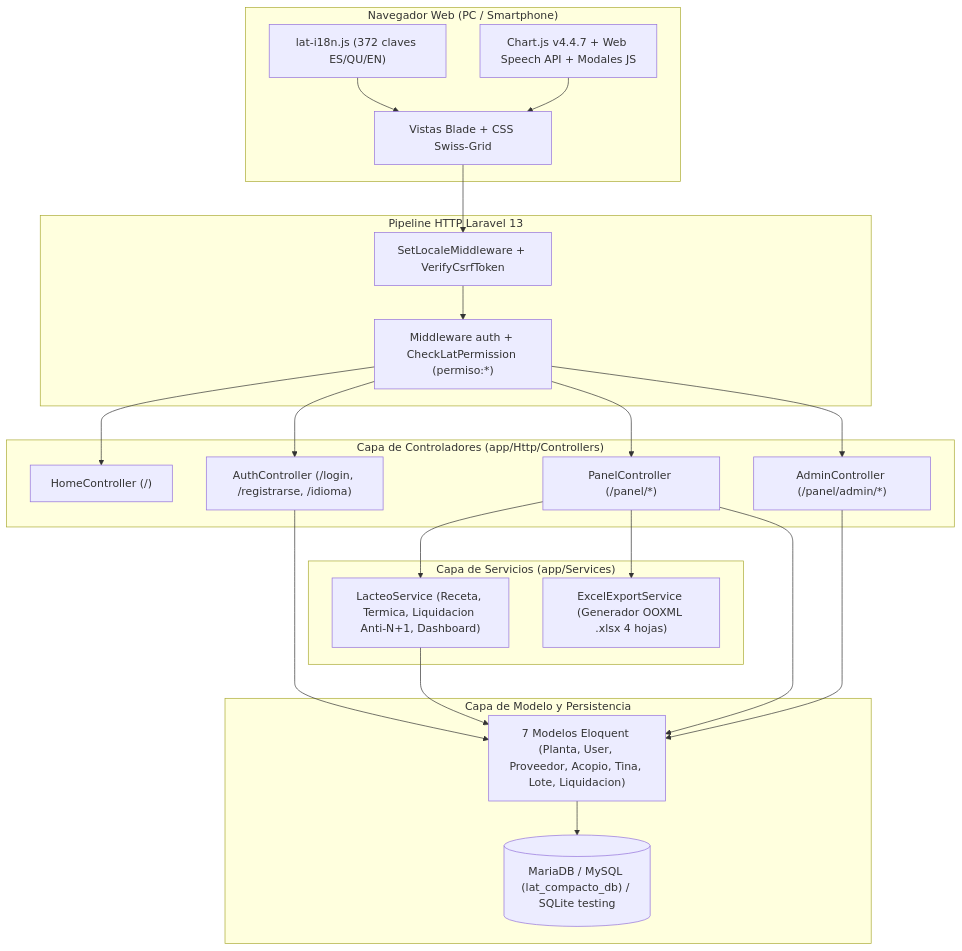
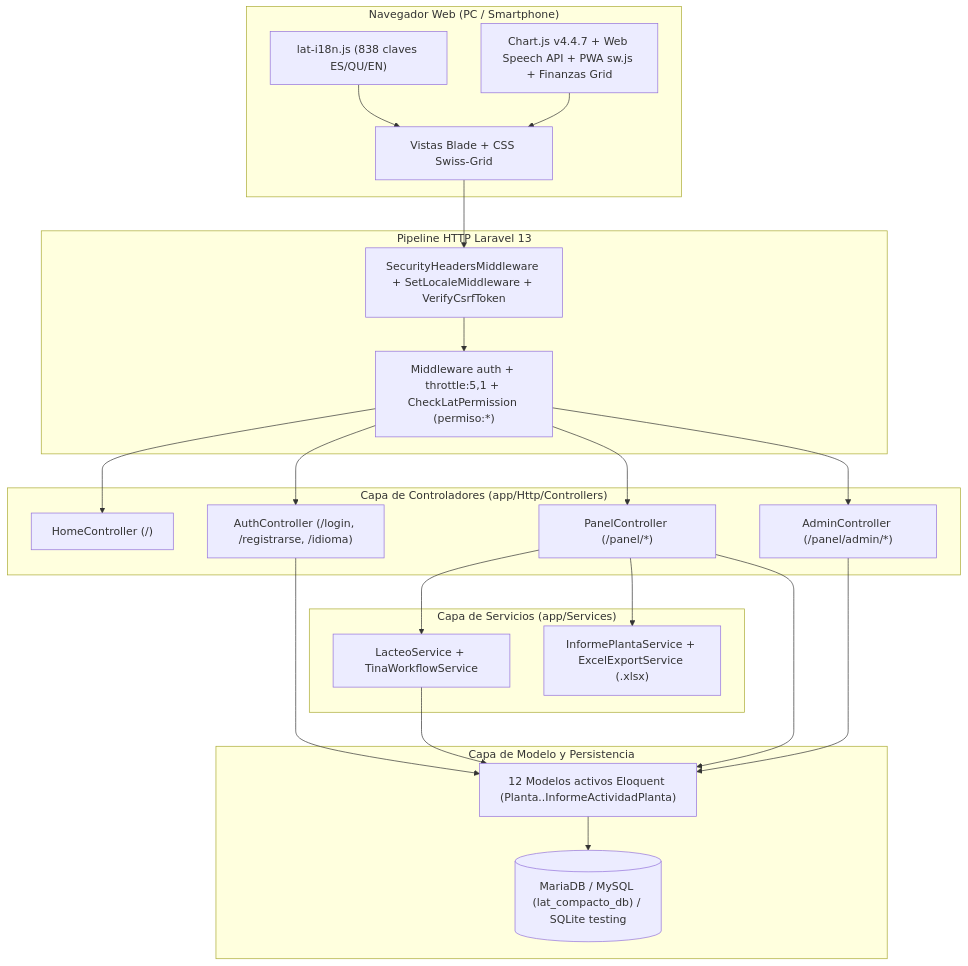
The first of 6 diagrams in docs/INFORME_FINAL_LAT.md (KelmerOC/LAT), drawn with Mermaid before and after one commit. The commit also changed other lines of this file and 1 other file, not shown here.

Commit message:
docs: actualizar informe final LAT Compacto

````diff
--- a/docs/INFORME_FINAL_LAT.md
+++ b/docs/INFORME_FINAL_LAT.md
@@ -289,46 +289,46 @@
 ```mermaid
 flowchart TB
     subgraph Cliente["Navegador Web (PC / Smartphone)"]
         UI["Vistas Blade + CSS Swiss-Grid"]
-        I18N["lat-i18n.js (372 claves ES/QU/EN)"]
-        JS["Chart.js v4.4.7 + Web Speech API + Modales JS"]
+        I18N["lat-i18n.js (838 claves ES/QU/EN)"]
+        JS["Chart.js v4.4.7 + Web Speech API + PWA sw.js + Finanzas Grid"]
     end
 
     subgraph Middleware["Pipeline HTTP Laravel 13"]
-        MW1["SetLocaleMiddleware + VerifyCsrfToken"]
-        MW2["Middleware auth + CheckLatPermission (permiso:*)"]
+        MW1["SecurityHeadersMiddleware + SetLocaleMiddleware + VerifyCsrfToken"]
+        MW2["Middleware auth + throttle:5,1 + CheckLatPermission (permiso:*)"]
     end
 
     subgraph Controladores["Capa de Controladores (app/Http/Controllers)"]
         C1["HomeController (/)"]
         C2["AuthController (/login, /registrarse, /idioma)"]
         C3["PanelController (/panel/*)"]
         C4["AdminController (/panel/admin/*)"]
     end
 
     subgraph Servicios["Capa de Servicios (app/Services)"]
-        S1["LacteoService (Receta, Termica, Liquidacion Anti-N+1, Dashboard)"]
-        S2["ExcelExportService (Generador OOXML .xlsx 4 hojas)"]
+        S1["LacteoService + TinaWorkflowService"]
+        S2["InformePlantaService + ExcelExportService (.xlsx)"]
     end
 
     subgraph Datos["Capa de Modelo y Persistencia"]
-        M["7 Modelos Eloquent (Planta, User, Proveedor, Acopio, Tina, Lote, Liquidacion)"]
+        M["12 Modelos activos Eloquent (Planta..InformeActividadPlanta)"]
         DB[("MariaDB / MySQL (lat_compacto_db) / SQLite testing")]
     end
 
     UI --> MW1
     I18N --> UI
     JS --> UI
     MW1 --> MW2
     MW2 --> C1
     MW2 --> C2
     MW2 --> C3
     MW2 --> C4
     C3 --> S1
     C3 --> S2
     C2 --> M
     C3 --> M
     C4 --> M
     S1 --> M
     M --> DB
 ```
````
